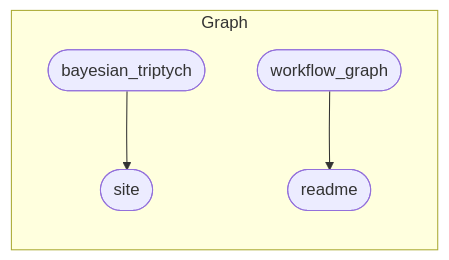
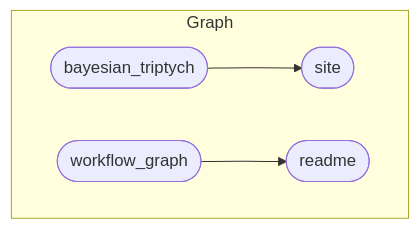
The diagram in README.md (andrewheiss/bayess23.classes.andrewheiss.com), drawn with Mermaid before and after one commit. The commit also changed other lines of this file and 8 other files, not shown here.

````diff
--- a/README.md
+++ b/README.md
@@ -65,7 +65,8 @@
 ``` mermaid
 graph LR
   subgraph Graph
-    xea717cf4a37d25dd(["bayesian_triptych"]):::skipped --> x7aa56383a054e8ba(["site"]):::queued
-    xf38d3f5e6365ad72(["workflow_graph"]):::started --> x6e52cb0f1668cc22(["readme"]):::queued
+    direction LR
+    xea717cf4a37d25dd(["bayesian_triptych"]):::built --> x7aa56383a054e8ba(["site"]):::queued
+    xf38d3f5e6365ad72(["workflow_graph"]):::queued --> x6e52cb0f1668cc22(["readme"]):::queued
   end
 ```
````
